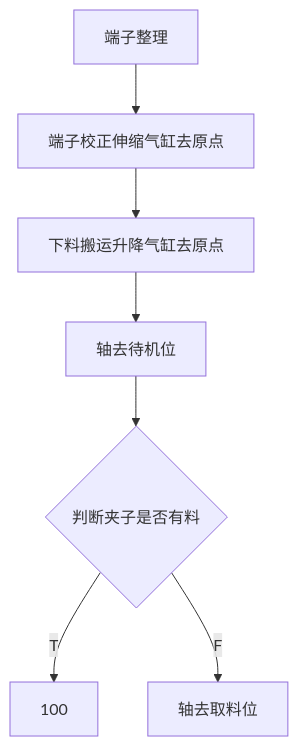
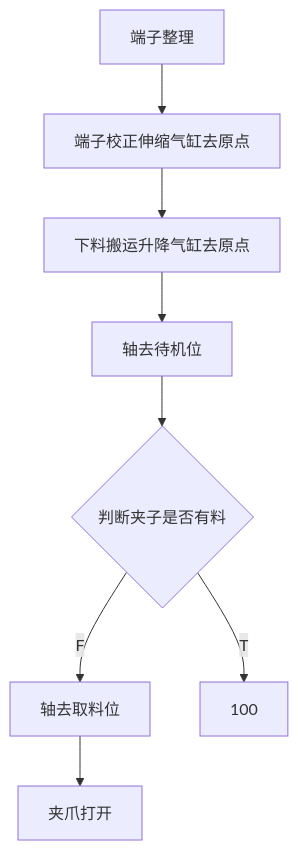
The diagram in all/VR-OP90端子整理.md (zmq000/iodraw-files), drawn with Mermaid before and after one commit.

Commit message:
2026-06-18 11:00:36 update

````diff
--- a/all/VR-OP90端子整理.md
+++ b/all/VR-OP90端子整理.md
@@ -1,14 +1,15 @@
 ```mermaid
 graph TD
 0[端子整理]-->10
 10[端子校正伸缩气缸去原点]-->20
 20[下料搬运升降气缸去原点]-->30
 30[轴去待机位]-->40
 40{判断夹子是否有料}-->|T|100
 40-->|F|50
-50[轴去取料位]
+50[轴去取料位]-->60
+60[夹爪打开]
 
 
 
   
 ```
````
